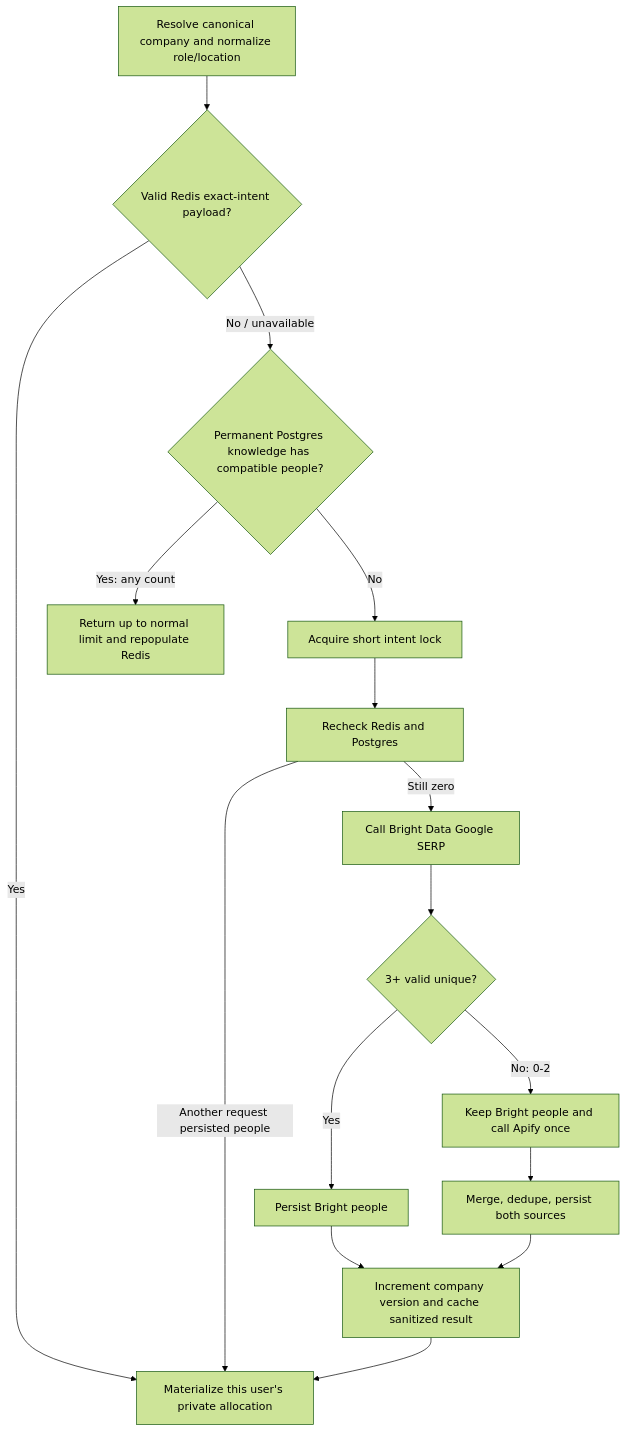
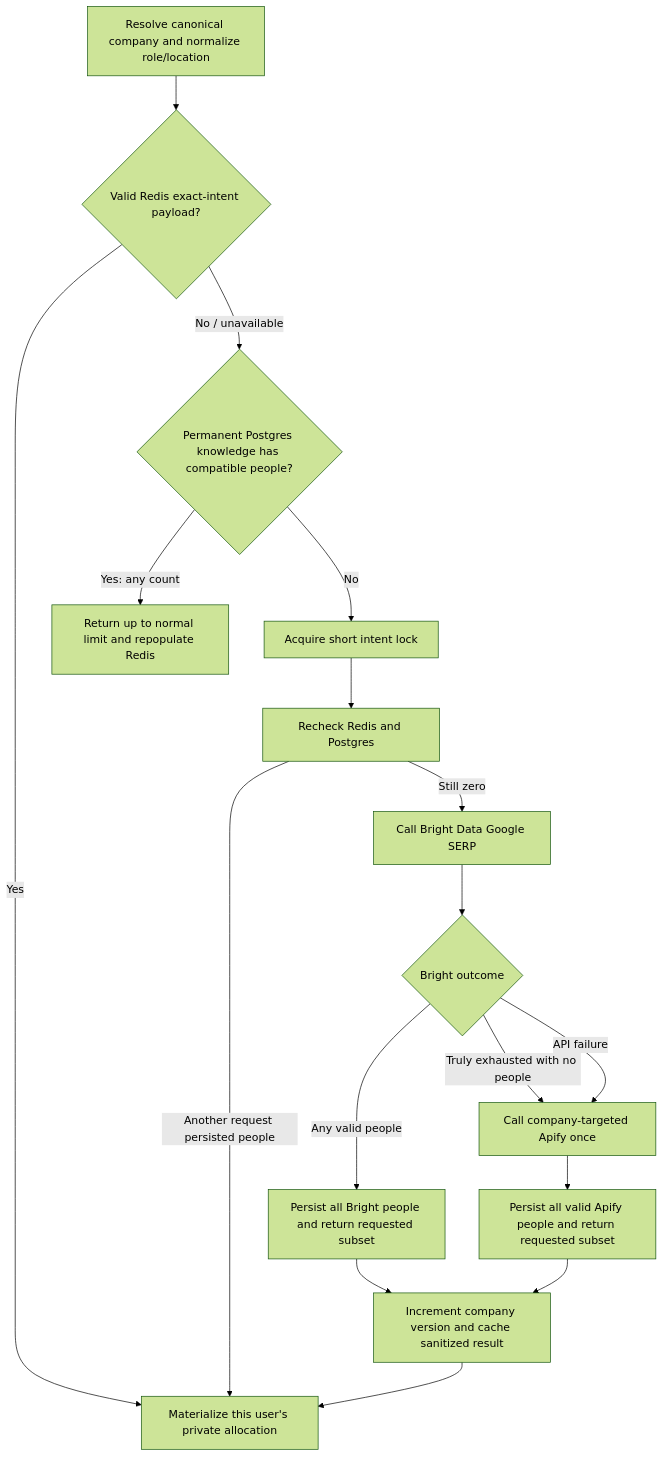
Before and after one commit to ka8540/Sendloom: the fifth of 5 diagrams in README.md, drawn with Mermaid (forest theme). The commit also changed other lines of this file and 6 other files, not shown here.

Commit message:
Use Bright until exhaustion before Apify

````diff
--- a/README.md
+++ b/README.md
@@ -251,18 +251,19 @@
 ```mermaid
 flowchart TD
     A[Resolve canonical company and normalize role/location] --> B{Valid Redis exact-intent payload?}
     B -- Yes --> C[Materialize this user's private allocation]
     B -- No / unavailable --> D{Permanent Postgres knowledge has compatible people?}
     D -- Yes: any count --> E[Return up to normal limit and repopulate Redis]
     D -- No --> F[Acquire short intent lock]
     F --> G[Recheck Redis and Postgres]
     G -- Another request persisted people --> C
     G -- Still zero --> H[Call Bright Data Google SERP]
-    H --> I{3+ valid unique?}
-    I -- Yes --> M[Persist Bright people]
-    I -- No: 0-2 --> K[Keep Bright people and call Apify once]
-    K --> L[Merge, dedupe, persist both sources]
+    H --> I{Bright outcome}
+    I -- Any valid people --> M[Persist all Bright people and return requested subset]
+    I -- Truly exhausted with no people --> K[Call company-targeted Apify once]
+    I -- API failure --> K
+    K --> L[Persist all valid Apify people and return requested subset]
     M --> J[Increment company version and cache sanitized result]
     L --> J
     J --> C
 ```
````
